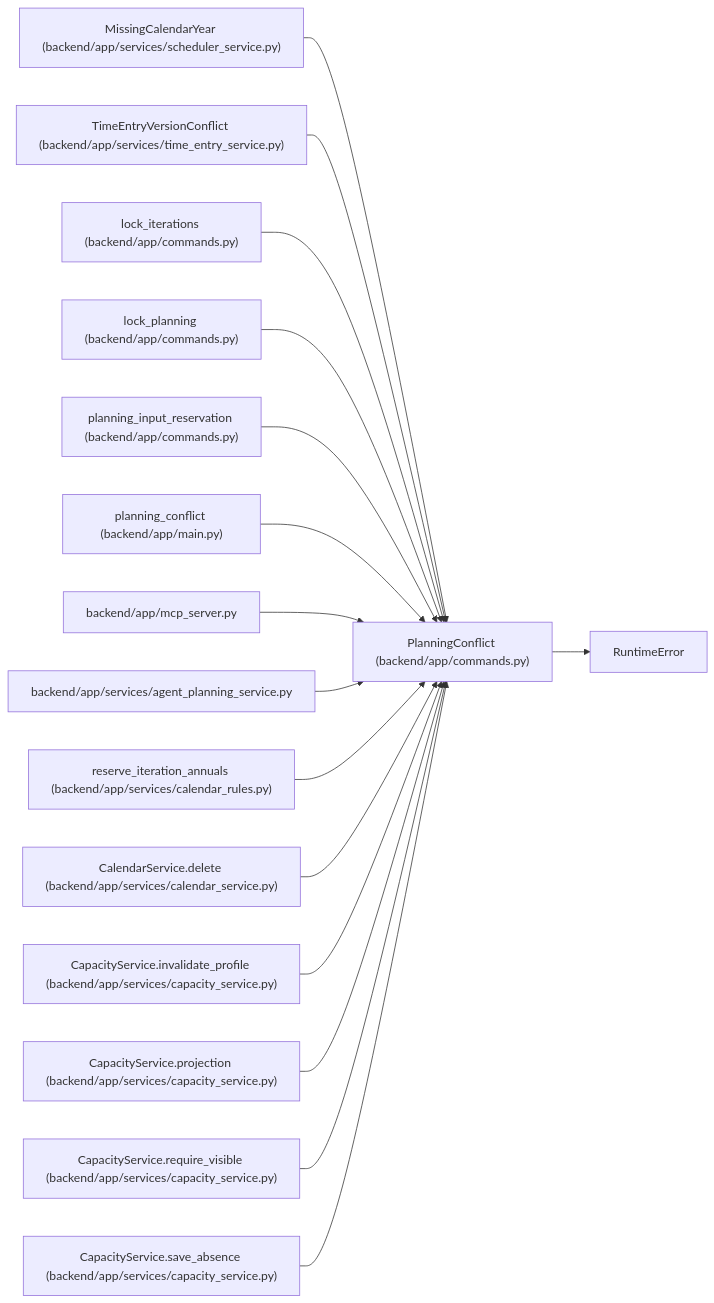
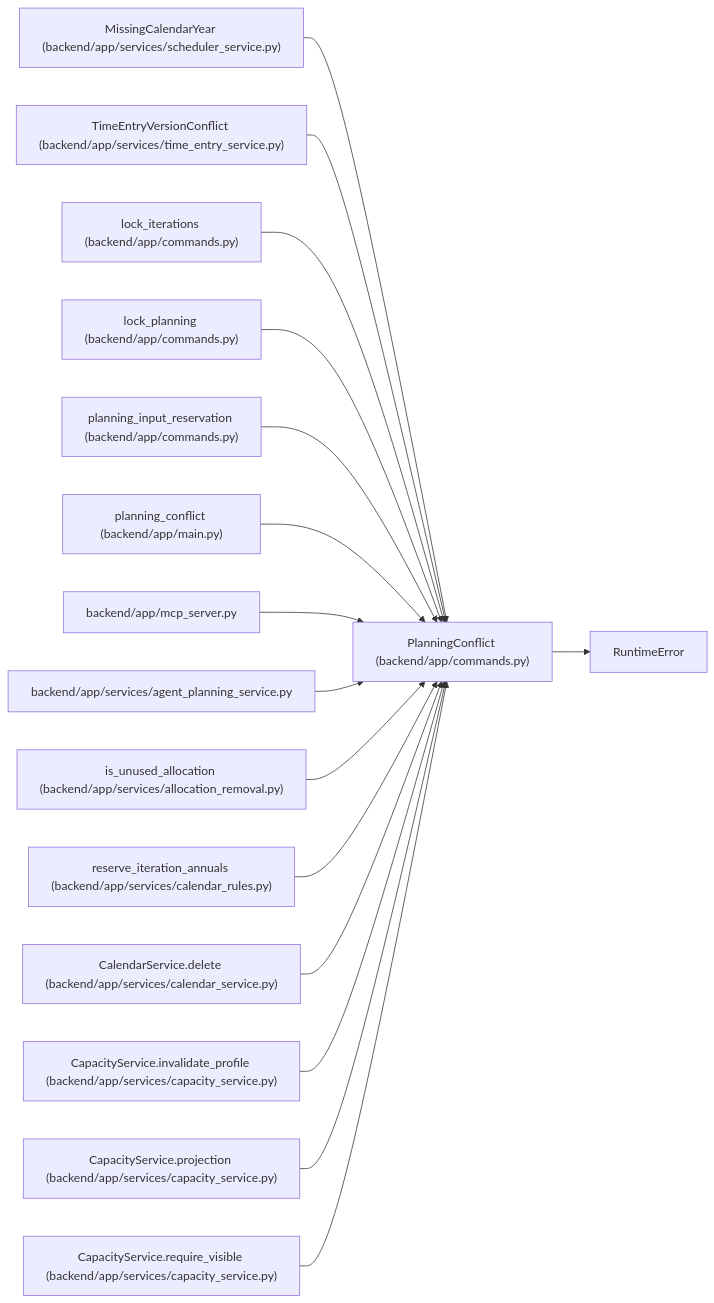
The diagram in docs/llm_wiki/entities/PlanningConflict.md (Denissvgn/WorkChord), drawn with Mermaid before and after one commit. The commit also changed other lines of this file and 636 other files, not shown here.

Commit message:
Document capacity removal and bounded routing previews

````diff
--- a/docs/llm_wiki/entities/PlanningConflict.md
+++ b/docs/llm_wiki/entities/PlanningConflict.md
@@ -26,49 +26,49 @@
 ```mermaid
 flowchart LR
     n0["PlanningConflict (backend/app/commands.py)"]
     n1["RuntimeError"]
     n2["MissingCalendarYear (backend/app/services/scheduler_service.py)"]
     n3["TimeEntryVersionConflict (backend/app/services/time_entry_service.py)"]
     n4["lock_iterations (backend/app/commands.py)"]
     n5["lock_planning (backend/app/commands.py)"]
     n6["planning_input_reservation (backend/app/commands.py)"]
     n7["planning_conflict (backend/app/main.py)"]
     n8["backend/app/mcp_server.py"]
     n9["backend/app/services/agent_planning_service.py"]
-    n10["reserve_iteration_annuals (backend/app/services/calendar_rules.py)"]
-    n11["CalendarService.delete (backend/app/services/calendar_service.py)"]
-    n12["CapacityService.invalidate_profile (backend/app/services/capacity_service.py)"]
-    n13["CapacityService.projection (backend/app/services/capacity_service.py)"]
-    n14["CapacityService.require_visible (backend/app/services/capacity_service.py)"]
-    n15["CapacityService.save_absence (backend/app/services/capacity_service.py)"]
+    n10["is_unused_allocation (backend/app/services/allocation_removal.py)"]
+    n11["reserve_iteration_annuals (backend/app/services/calendar_rules.py)"]
+    n12["CalendarService.delete (backend/app/services/calendar_service.py)"]
+    n13["CapacityService.invalidate_profile (backend/app/services/capacity_service.py)"]
+    n14["CapacityService.projection (backend/app/services/capacity_service.py)"]
+    n15["CapacityService.require_visible (backend/app/services/capacity_service.py)"]
     n0 --> n1
     n2 --> n0
     n3 --> n0
     n4 --> n0
     n5 --> n0
     n6 --> n0
     n7 --> n0
     n8 --> n0
     n9 --> n0
     n10 --> n0
     n11 --> n0
     n12 --> n0
     n13 --> n0
     n14 --> n0
     n15 --> n0
     click n0 "../modules/commands.md"
     click n2 "../modules/scheduler_service.md"
     click n3 "../modules/time_entry_service.md"
     click n4 "../modules/commands.md"
     click n5 "../modules/commands.md"
     click n6 "../modules/commands.md"
     click n7 "../modules/app_main.md"
     click n8 "../modules/mcp_server.md"
     click n9 "../modules/agent_planning_service.md"
-    click n10 "../modules/calendar_rules.md"
-    click n11 "../modules/calendar_service.md"
-    click n12 "../modules/capacity_service.md"
+    click n10 "../modules/allocation_removal.md"
+    click n11 "../modules/calendar_rules.md"
+    click n12 "../modules/calendar_service.md"
     click n13 "../modules/capacity_service.md"
     click n14 "../modules/capacity_service.md"
     click n15 "../modules/capacity_service.md"
 ```
````
